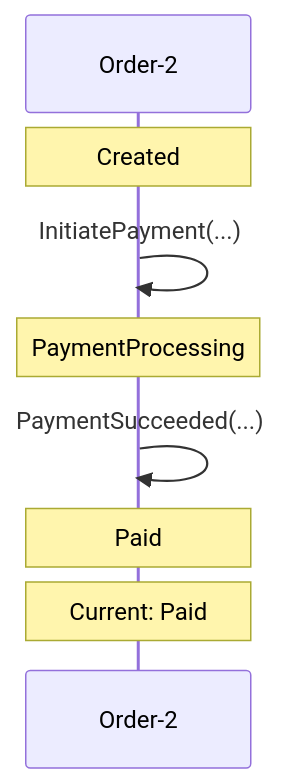
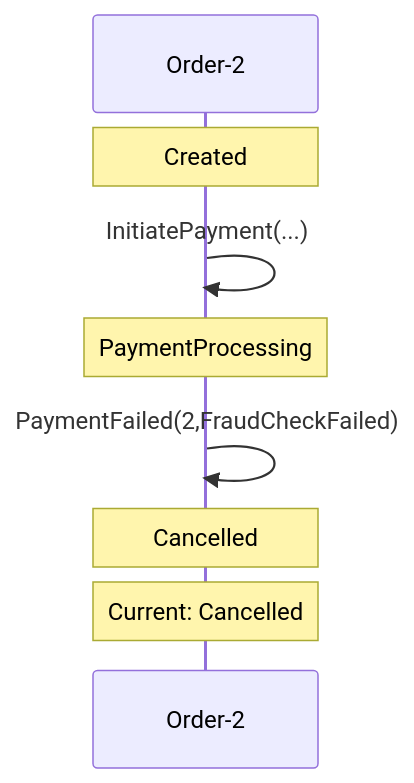
One commit to Iterable/mechanoid changed the second of 3 diagrams in docs/visualizations/order-2-trace.md. Above: the diagram before and after it, drawn with Mermaid. The commit also changed other lines of this file and 23 other files, not shown here.

````diff
--- a/docs/visualizations/order-2-trace.md
+++ b/docs/visualizations/order-2-trace.md
@@ -45,10 +32,10 @@
 ```mermaid
 sequenceDiagram
     participant FSM as Order-2
     Note over FSM: Created
     FSM->>FSM: InitiatePayment(...)
     Note over FSM: PaymentProcessing
-    FSM->>FSM: PaymentSucceeded(...)
-    Note over FSM: Paid
-    Note over FSM: Current: Paid
+    FSM->>FSM: PaymentFailed(2,FraudCheckFailed)
+    Note over FSM: Cancelled
+    Note over FSM: Current: Cancelled
 ```
````
